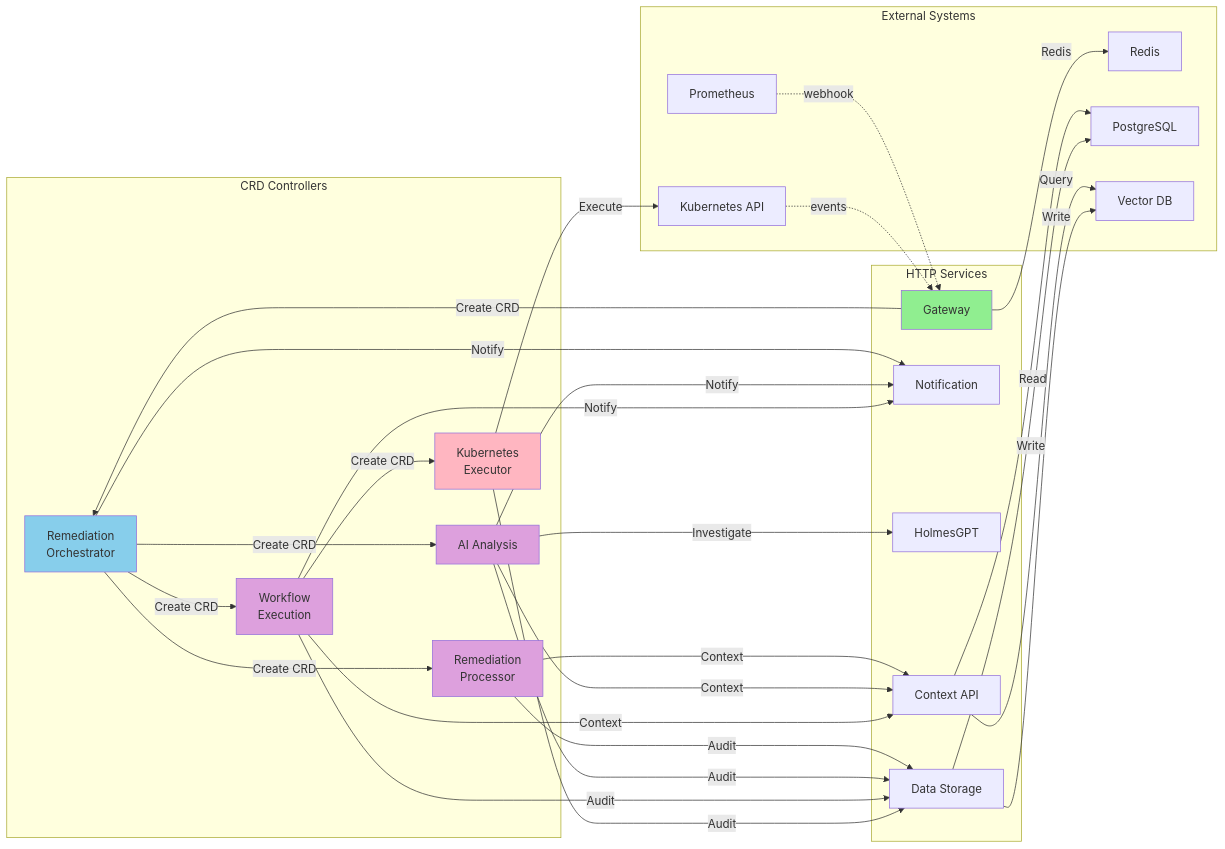
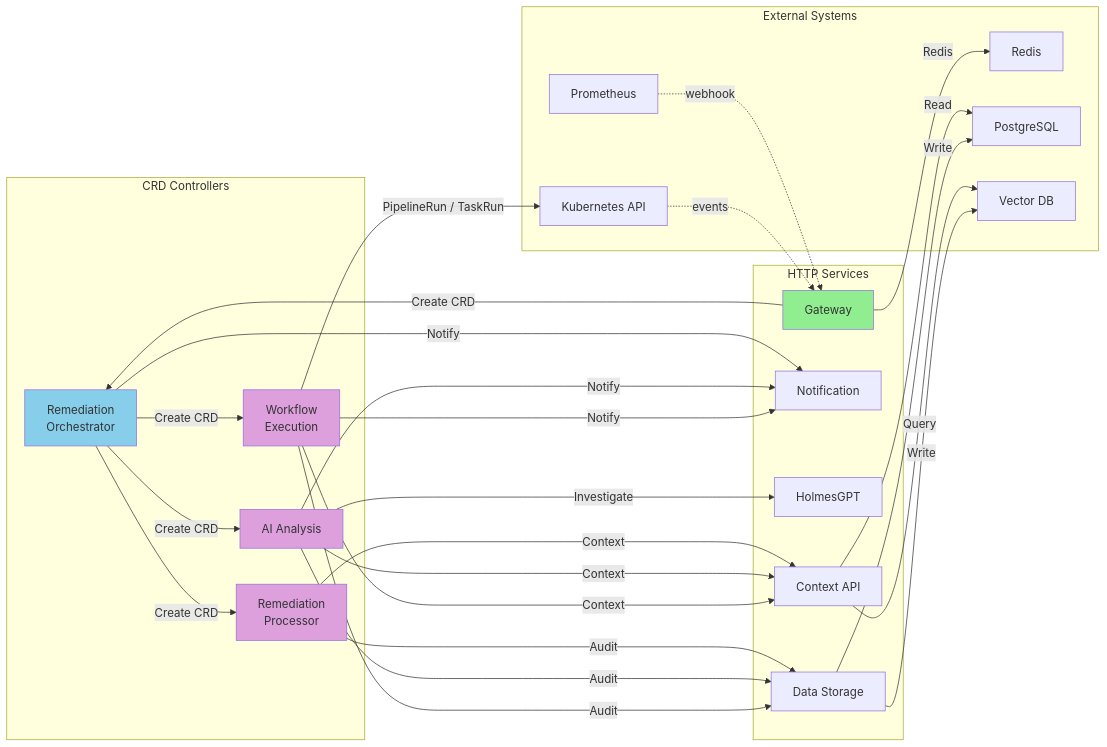
Before and after one commit to jordigilh/kubernaut: the second of 8 diagrams in docs/architecture/SERVICE_DEPENDENCY_MAP.md, drawn with Mermaid. The commit also changed other lines of this file and 63 other files, not shown here.

````diff
--- a/docs/architecture/SERVICE_DEPENDENCY_MAP.md
+++ b/docs/architecture/SERVICE_DEPENDENCY_MAP.md
@@ -155,73 +154,67 @@
 ```mermaid
 graph LR
     subgraph "CRD Controllers"
         RO[Remediation<br/>Orchestrator]
         RP[Remediation<br/>Processor]
         AI[AI Analysis]
         WE[Workflow<br/>Execution]
-        KE[Kubernetes<br/>Executor]
     end
 
     subgraph "HTTP Services"
         GW[Gateway]
         NS[Notification]
         HG[HolmesGPT]
         CA[Context API]
         DS[Data Storage]
     end
 
     subgraph "External Systems"
         PM[Prometheus]
         K8[Kubernetes API]
         RD[Redis]
         PG[PostgreSQL]
         VD[Vector DB]
     end
 
     %% External to Gateway
     PM -.->|webhook| GW
     K8 -.->|events| GW
 
     %% Gateway dependencies
     GW -->|Redis| RD
     GW -->|Create CRD| RO
 
     %% Remediation Orchestrator dependencies
     RO -->|Create CRD| RP
     RO -->|Create CRD| AI
     RO -->|Create CRD| WE
     RO -->|Notify| NS
 
     %% Remediation Processor dependencies
     RP -->|Context| CA
     RP -->|Audit| DS
 
     %% AI Analysis dependencies
     AI -->|Investigate| HG
     AI -->|Context| CA
     AI -->|Audit| DS
     AI -->|Notify| NS
 
-    %% Workflow Execution dependencies (KE DEPRECATED - ADR-025)
-    WE -->|Create CRD| KE
+    %% Workflow Execution dependencies (Tekton execution; ADR-023/025)
+    WE -->|PipelineRun / TaskRun| K8
     WE -->|Context| CA
     WE -->|Audit| DS
     WE -->|Notify| NS
-
-    %% Kubernetes Executor dependencies
-    KE -->|Execute| K8
-    KE -->|Audit| DS
 
     %% Support service dependencies
     CA -->|Read| PG
     CA -->|Query| VD
     DS -->|Write| PG
     DS -->|Write| VD
 
     style GW fill:#90EE90
     style RO fill:#87CEEB
     style RP fill:#DDA0DD
     style AI fill:#DDA0DD
     style WE fill:#DDA0DD
-    style KE fill:#FFB6C1
 ```
````
